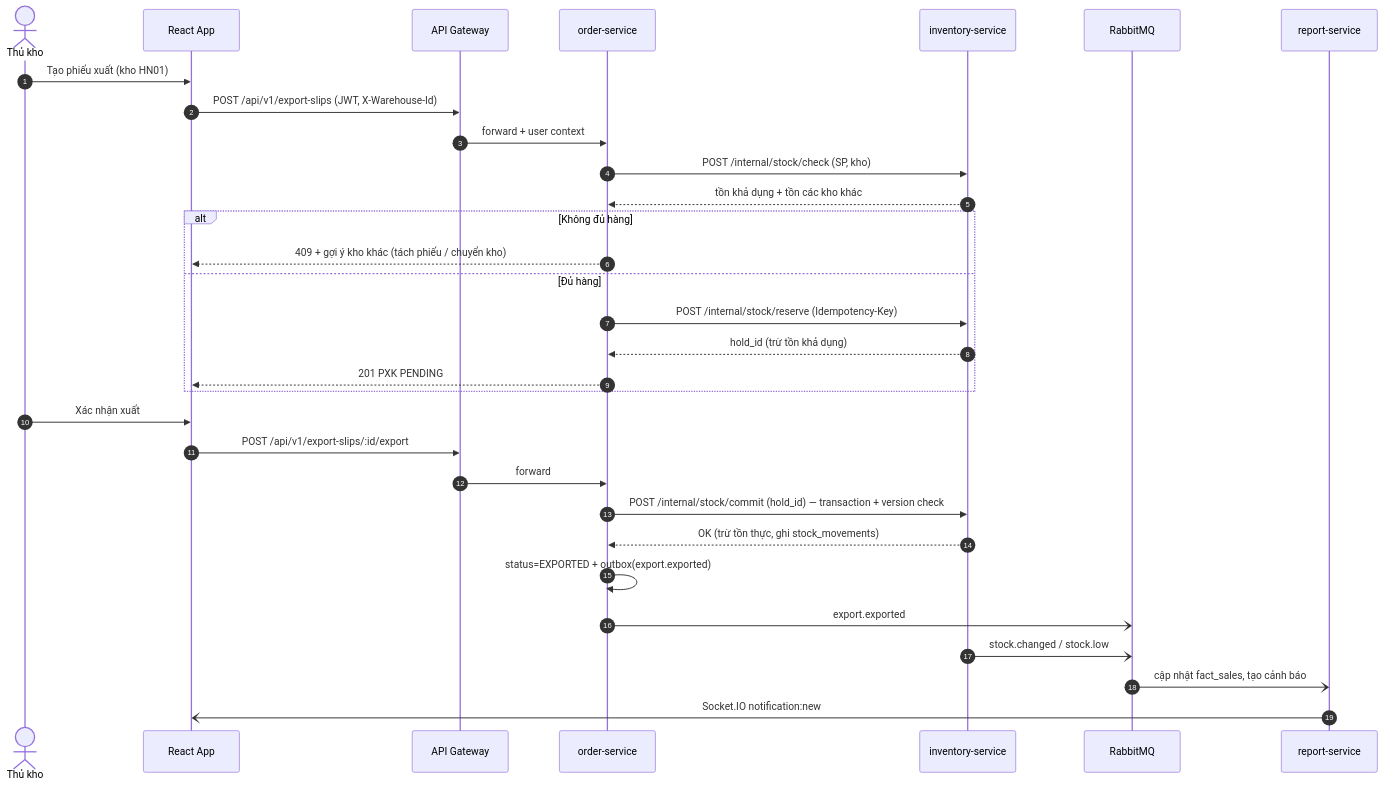
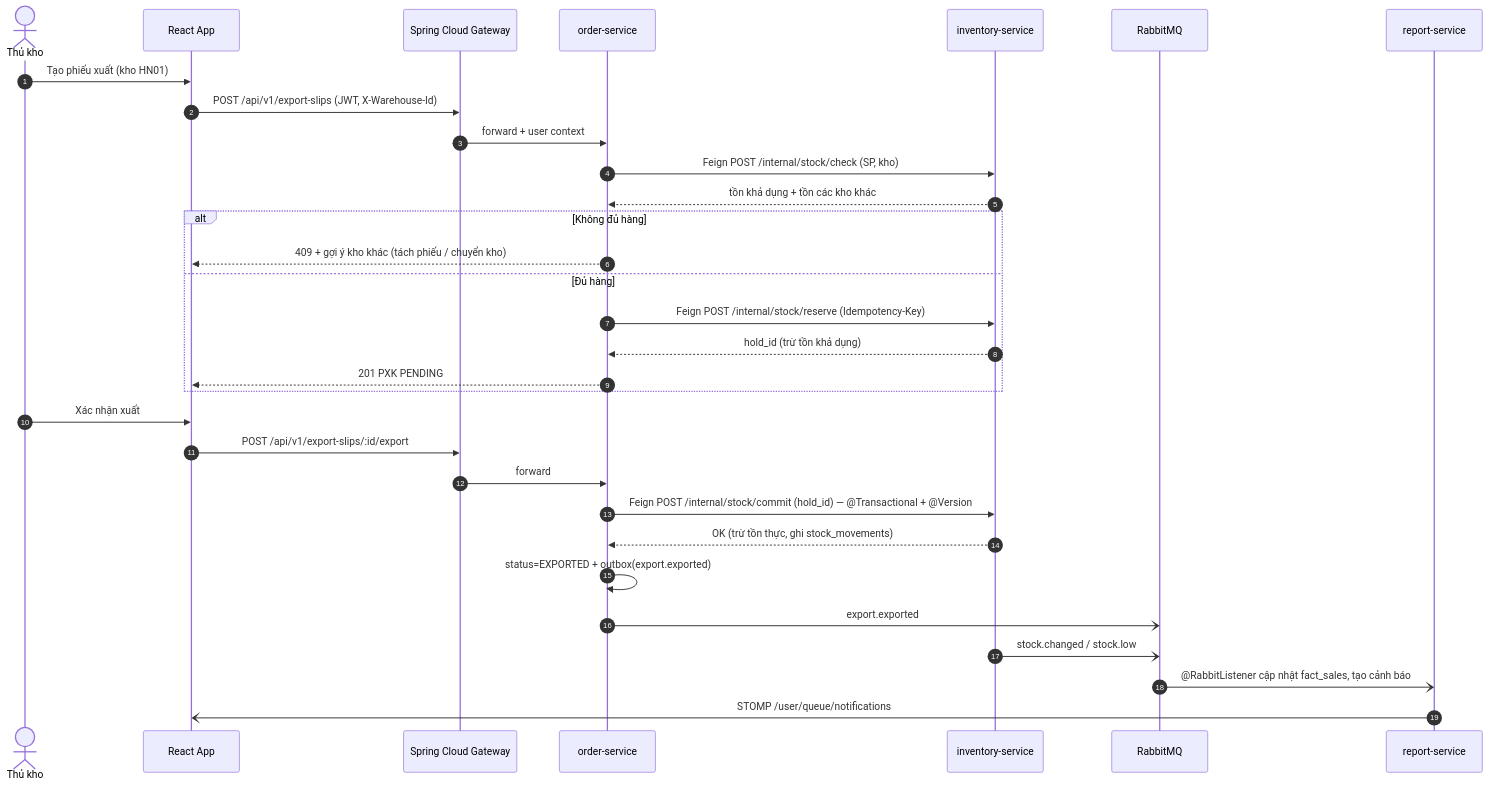
One commit to Nhatpham12/MicroInvent changed the diagram in Docs/diagrams/mermaid-src/08-luong-xuat-kho.mmd. Above: the diagram before and after it, drawn with Mermaid. The commit also changed 11 other files, not shown here.

```diff
--- a/Docs/diagrams/mermaid-src/08-luong-xuat-kho.mmd
+++ b/Docs/diagrams/mermaid-src/08-luong-xuat-kho.mmd
@@ -1,31 +1,31 @@
 sequenceDiagram
   autonumber
   actor TK as Thủ kho
   participant FE as React App
-  participant GW as API Gateway
+  participant GW as Spring Cloud Gateway
   participant ORD as order-service
   participant INV as inventory-service
   participant MQ as RabbitMQ
   participant REP as report-service
   TK->>FE: Tạo phiếu xuất (kho HN01)
   FE->>GW: POST /api/v1/export-slips (JWT, X-Warehouse-Id)
   GW->>ORD: forward + user context
-  ORD->>INV: POST /internal/stock/check (SP, kho)
+  ORD->>INV: Feign POST /internal/stock/check (SP, kho)
   INV-->>ORD: tồn khả dụng + tồn các kho khác
   alt Không đủ hàng
     ORD-->>FE: 409 + gợi ý kho khác (tách phiếu / chuyển kho)
   else Đủ hàng
-    ORD->>INV: POST /internal/stock/reserve (Idempotency-Key)
+    ORD->>INV: Feign POST /internal/stock/reserve (Idempotency-Key)
     INV-->>ORD: hold_id (trừ tồn khả dụng)
     ORD-->>FE: 201 PXK PENDING
   end
   TK->>FE: Xác nhận xuất
   FE->>GW: POST /api/v1/export-slips/:id/export
   GW->>ORD: forward
-  ORD->>INV: POST /internal/stock/commit (hold_id) — transaction + version check
+  ORD->>INV: Feign POST /internal/stock/commit (hold_id) — @Transactional + @Version
   INV-->>ORD: OK (trừ tồn thực, ghi stock_movements)
   ORD->>ORD: status=EXPORTED + outbox(export.exported)
   ORD-)MQ: export.exported
   INV-)MQ: stock.changed / stock.low
-  MQ-)REP: cập nhật fact_sales, tạo cảnh báo
-  REP-)FE: Socket.IO notification:new
+  MQ-)REP: @RabbitListener cập nhật fact_sales, tạo cảnh báo
+  REP-)FE: STOMP /user/queue/notifications
```
